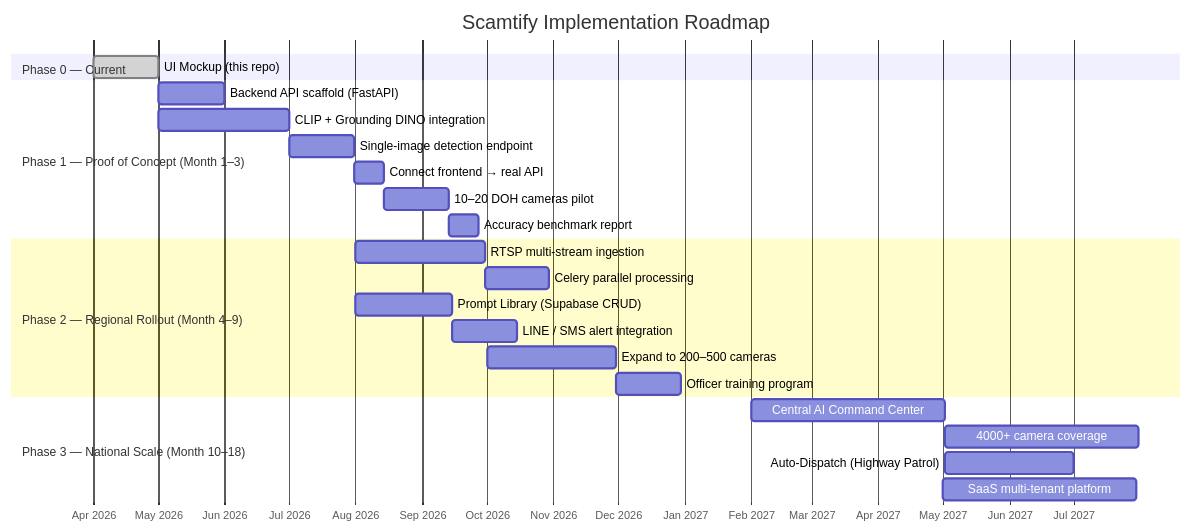
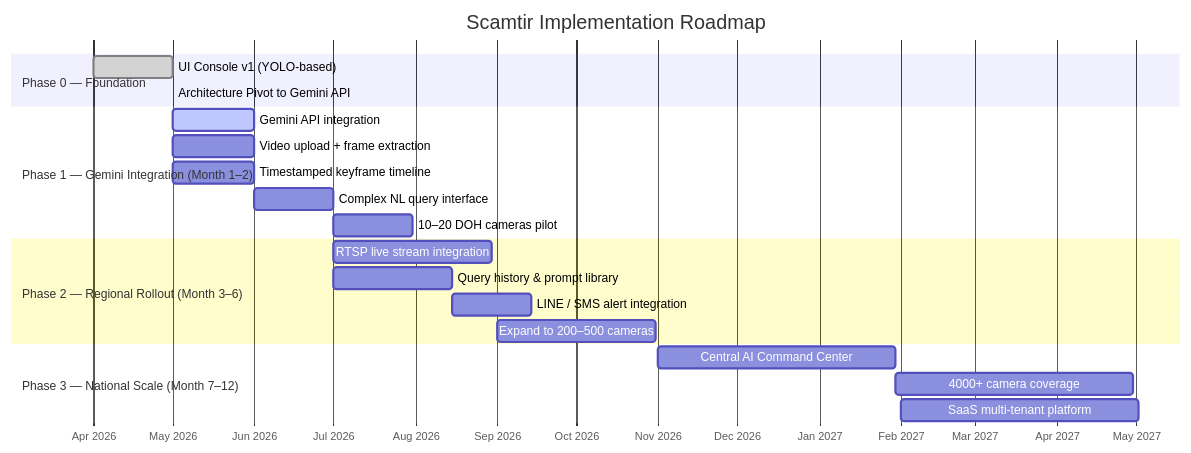
The fourth of 5 diagrams in README.md (Panitan-K/Scamtir), drawn with Mermaid before and after one commit. The commit also changed other lines of this file and 8 other files, not shown here.

First line of the commit message:
feat: transition to Gemini File API for video analysis and major UI/UX overhaul

````diff
--- a/README.md
+++ b/README.md
@@ -220,31 +162,28 @@
 ```mermaid
 gantt
-    title Scamtify Implementation Roadmap
+    title Scamtir Implementation Roadmap
     dateFormat  YYYY-MM
     axisFormat  %b %Y
 
-    section Phase 0 — Current
-    UI Mockup (this repo)               :done, p0, 2026-04, 2026-05
+    section Phase 0 — Foundation
+    UI Console v1 (YOLO-based)           :done, p0a, 2026-04, 2026-05
+    Architecture Pivot to Gemini API     :done, p0b, 2026-05, 2026-05
 
-    section Phase 1 — Proof of Concept (Month 1–3)
-    Backend API scaffold (FastAPI)       :p1a, 2026-05, 2026-06
-    CLIP + Grounding DINO integration    :p1b, 2026-05, 2026-07
-    Single-image detection endpoint      :p1c, after p1b, 30d
-    Connect frontend → real API          :p1d, after p1c, 14d
+    section Phase 1 — Gemini Integration (Month 1–2)
+    Gemini API integration               :active, p1a, 2026-05, 2026-06
+    Video upload + frame extraction      :p1b, 2026-05, 2026-06
+    Timestamped keyframe timeline        :p1c, 2026-05, 2026-06
+    Complex NL query interface           :p1d, after p1a, 30d
     10–20 DOH cameras pilot             :p1e, after p1d, 30d
-    Accuracy benchmark report           :p1f, after p1e, 14d
 
-    section Phase 2 — Regional Rollout (Month 4–9)
-    RTSP multi-stream ingestion         :p2a, 2026-08, 60d
-    Celery parallel processing          :p2b, after p2a, 30d
-    Prompt Library (Supabase CRUD)      :p2c, 2026-08, 45d
-    LINE / SMS alert integration        :p2d, after p2c, 30d
-    Expand to 200–500 cameras           :p2e, 2026-10, 60d
-    Officer training program            :p2f, after p2e, 30d
+    section Phase 2 — Regional Rollout (Month 3–6)
+    RTSP live stream integration         :p2a, 2026-07, 60d
+    Query history & prompt library       :p2b, 2026-07, 45d
+    LINE / SMS alert integration         :p2c, after p2b, 30d
+    Expand to 200–500 cameras            :p2e, 2026-09, 60d
 
-    section Phase 3 — National Scale (Month 10–18)
-    Central AI Command Center           :p3a, 2027-02, 90d
-    4000+ camera coverage               :p3b, after p3a, 90d
-    Auto-Dispatch (Highway Patrol)      :p3c, after p3a, 60d
-    SaaS multi-tenant platform          :p3d, 2027-05, 90d
+    section Phase 3 — National Scale (Month 7–12)
+    Central AI Command Center            :p3a, 2026-11, 90d
+    4000+ camera coverage                :p3b, after p3a, 90d
+    SaaS multi-tenant platform           :p3d, 2027-02, 90d
 ```
````
